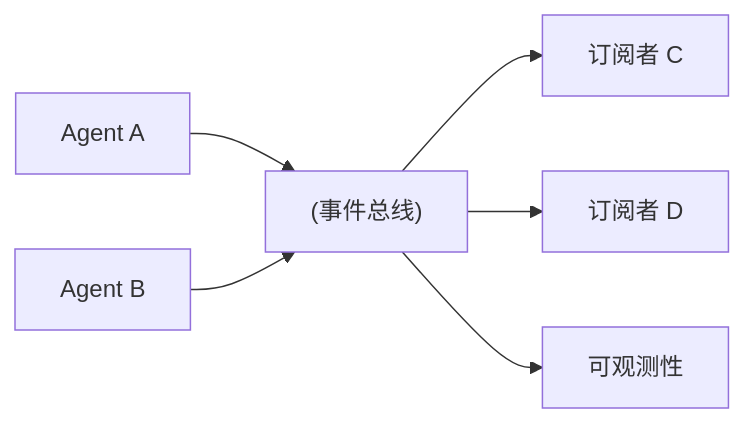
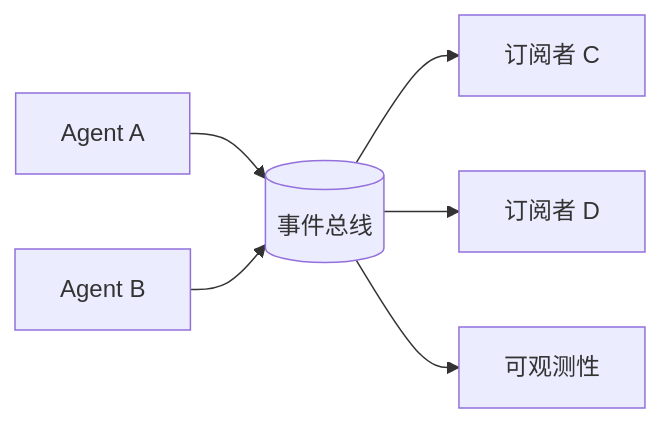
Before and after one commit to riba2534/multi-agent-wiki-cn: the diagram in content/wiki/patterns/event-bus-pubsub.md, drawn with Mermaid. The commit also changed 37 other files, not shown here.

````diff
--- a/content/wiki/patterns/event-bus-pubsub.md
+++ b/content/wiki/patterns/event-bus-pubsub.md
@@ -16,8 +16,8 @@
 ```mermaid
 flowchart LR
-  A[Agent A] --> E["(事件总线)"]
+  A[Agent A] --> E[(事件总线)]
   B[Agent B] --> E
   E --> C["订阅者 C"]
   E --> D["订阅者 D"]
   E --> O["可观测性"]
 ```
````
